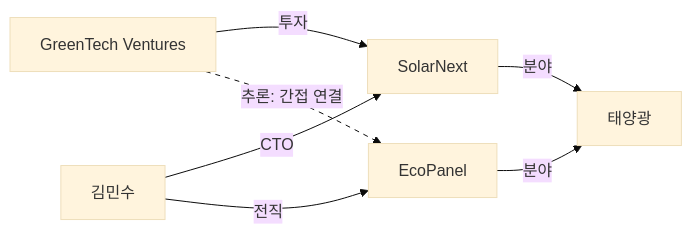
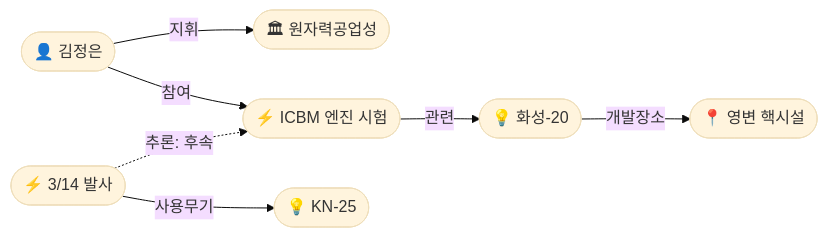
The first of 4 diagrams in README.md (aifactory-team/onto-osint), drawn with Mermaid (base theme) before and after one commit. The commit also changed other lines of this file, not shown here.

````diff
--- a/README.md
+++ b/README.md
@@ -98,11 +111,9 @@
 ```mermaid
 graph LR
-    A["GreenTech Ventures"] -->|투자| B["SolarNext"]
-    C["김민수"] -->|CTO| B
-    C -->|전직| D["EcoPanel"]
-    B -->|분야| E["태양광"]
-    D -->|분야| E
-    A -.->|추론: 간접 연결| D
-
-    linkStyle 5 stroke-dasharray:5 5
+    A(["👤 김정은"]) -->|지휘| B(["🏛 원자력공업성"])
+    A -->|참여| C(["⚡ ICBM 엔진 시험"])
+    C -->|관련| D(["💡 화성-20"])
+    D -->|개발장소| E(["📍 영변 핵시설"])
+    F(["⚡ 3/14 발사"]) -->|사용무기| G(["💡 KN-25"])
+    F -.->|"추론: 후속"| C
 ```
````
